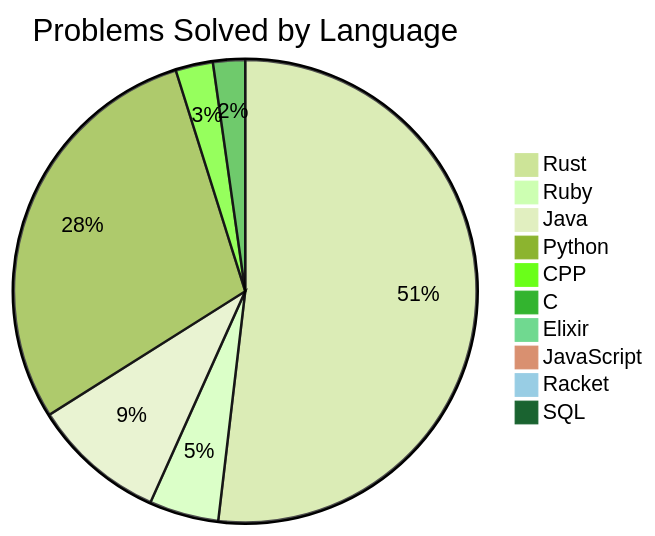
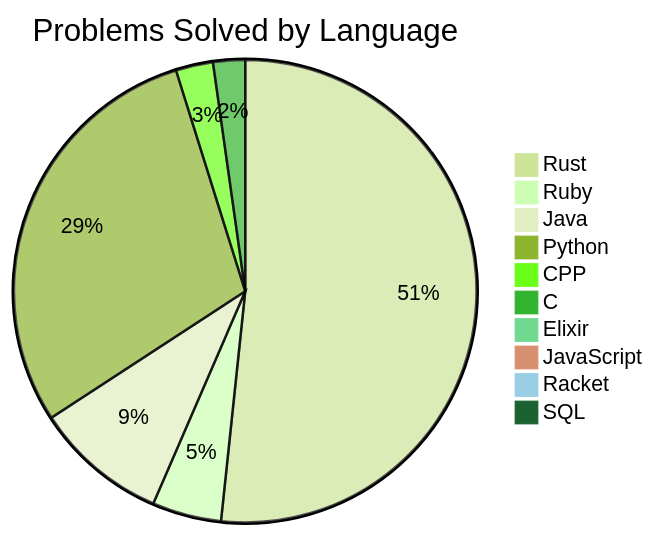
Before and after one commit to Liam-Wirth/leetcode-solutions: the second of 2 diagrams in README.md, drawn with Mermaid (forest theme). The commit also changed other lines of this file and 4 other files, not shown here.

````diff
--- a/README.md
+++ b/README.md
@@ -46,13 +46,13 @@
 ```mermaid
 pie title Problems Solved by Language
     "Rust": 139
     "Ruby": 13
     "Java": 25
-    "Python": 78
+    "Python": 79
     "CPP": 7
     "C": 6
     "Elixir": 1
     "JavaScript": 2
     "Racket": 1
     "SQL": 2
 ```
````
